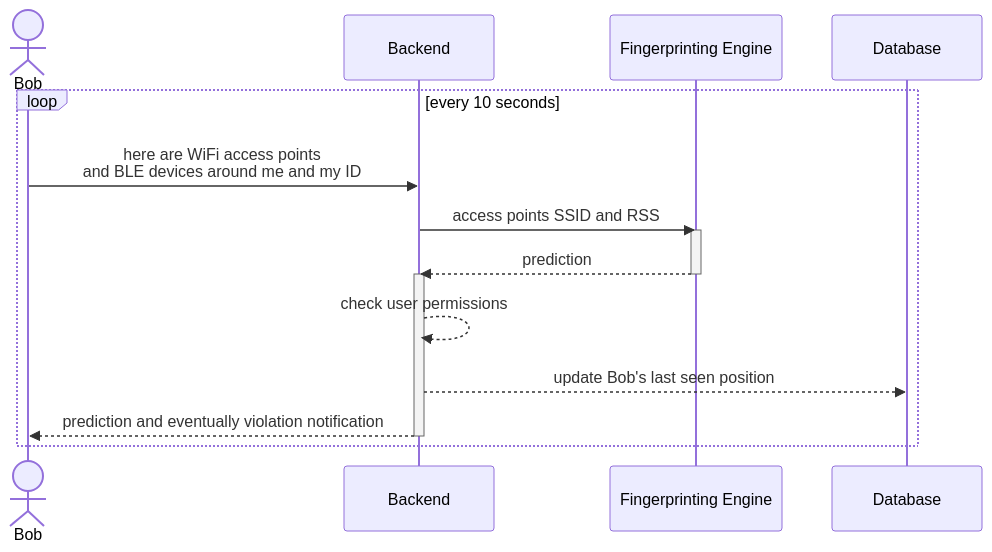
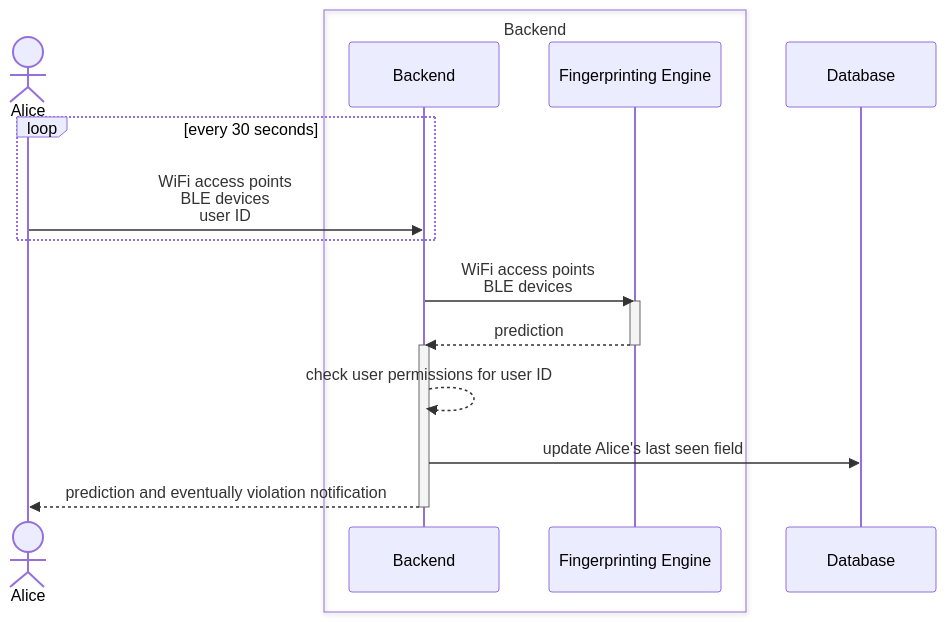
One commit to micheledinelli/ips-config changed the diagram in mermaid/position-api-sequence-online.md. Above: the diagram before and after it, drawn with Mermaid. The commit also changed 1 other file, not shown here.

Commit message:
Updated mermaid diagrams

````diff
--- a/mermaid/position-api-sequence-online.md
+++ b/mermaid/position-api-sequence-online.md
@@ -1,22 +1,22 @@
 ```mermaid
-
 sequenceDiagram
-    actor u as Bob
+    actor u as Alice
+    box Backend
     participant be as Backend
     participant finger as Fingerprinting Engine
+    end
     participant db as Database
-    loop every 10 seconds
-        u->>be: here are WiFi access points <br> and BLE devices around me and my ID
-        be->>finger: access points SSID and RSS
-        activate finger
-        finger-->>be: prediction
-        deactivate finger
+    loop every 30 seconds
+        u->>be: WiFi access points <br> BLE devices <br> user ID
+    end
+    be->>finger: WiFi access points <br> BLE devices
+    activate finger
+    finger-->>be: prediction
+    deactivate finger
 
-        activate be
-        be-->>be: check user permissions
-        be-->>db: update Bob's last seen position
-        be-->>u: prediction and eventually violation notification
-        deactivate be
-    end
-
+    activate be
+    be-->>be: check user permissions for user ID
+    be->>db: update Alice's last seen field
+    be-->>u: prediction and eventually violation notification
+    deactivate be
 ```
````
